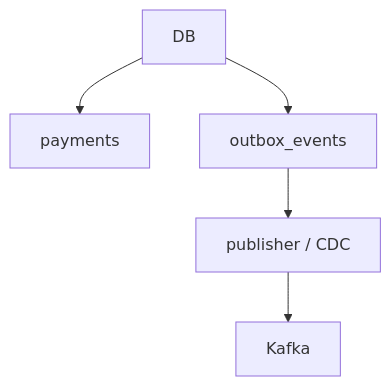
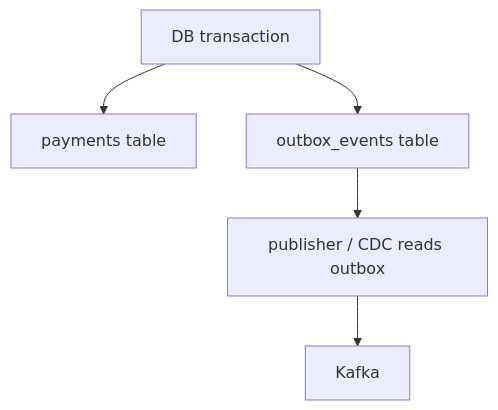
One commit to pankajThakur1874/studysheet changed diagram 20 of 29 in files/08-edge-cases/Tier-1-Production-Failures.md. Above: the diagram before and after it, drawn with Mermaid. The commit also changed other lines of this file and 5 other files, not shown here.

````diff
--- a/files/08-edge-cases/Tier-1-Production-Failures.md
+++ b/files/08-edge-cases/Tier-1-Production-Failures.md
@@ -747,7 +876,7 @@
 ```mermaid
 flowchart TD
-    DB["DB"] --> P["payments"]
-    DB --> O["outbox_events"]
-    O --> PUB["publisher / CDC"]
+    DB["DB transaction"] --> P["payments table"]
+    DB --> O["outbox_events table"]
+    O --> PUB["publisher / CDC reads outbox"]
     PUB --> K["Kafka"]
 ```
````
